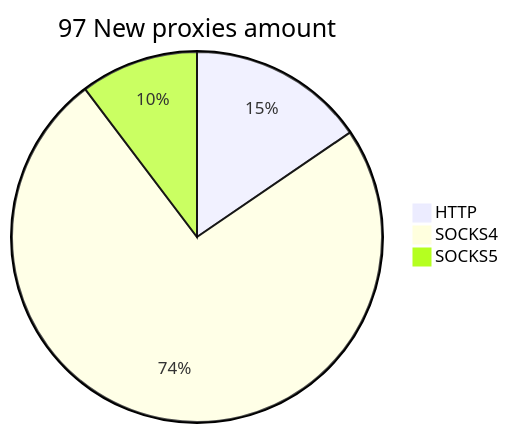
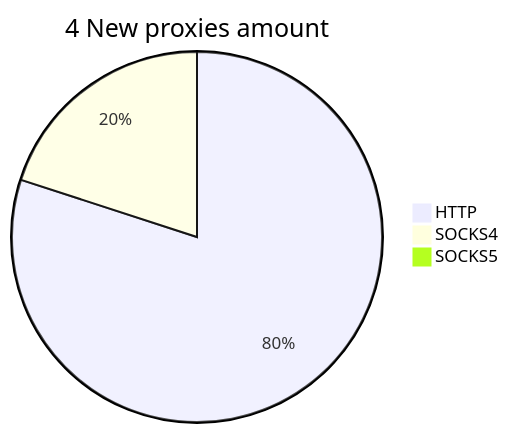
One commit to cutipu/proxylist changed the second of 2 diagrams in README.md. Above: the diagram before and after it, drawn with Mermaid. The commit also changed other lines of this file, not shown here.

````diff
--- a/README.md
+++ b/README.md
@@ -10,6 +10,6 @@
 ```mermaid
-pie title 97 New proxies amount
-    "HTTP" : 15
-    "SOCKS4" : 72
-    "SOCKS5" : 10
+pie title 4 New proxies amount
+    "HTTP" : 4
+    "SOCKS4" : 1
+    "SOCKS5" : 0
 ```
````
